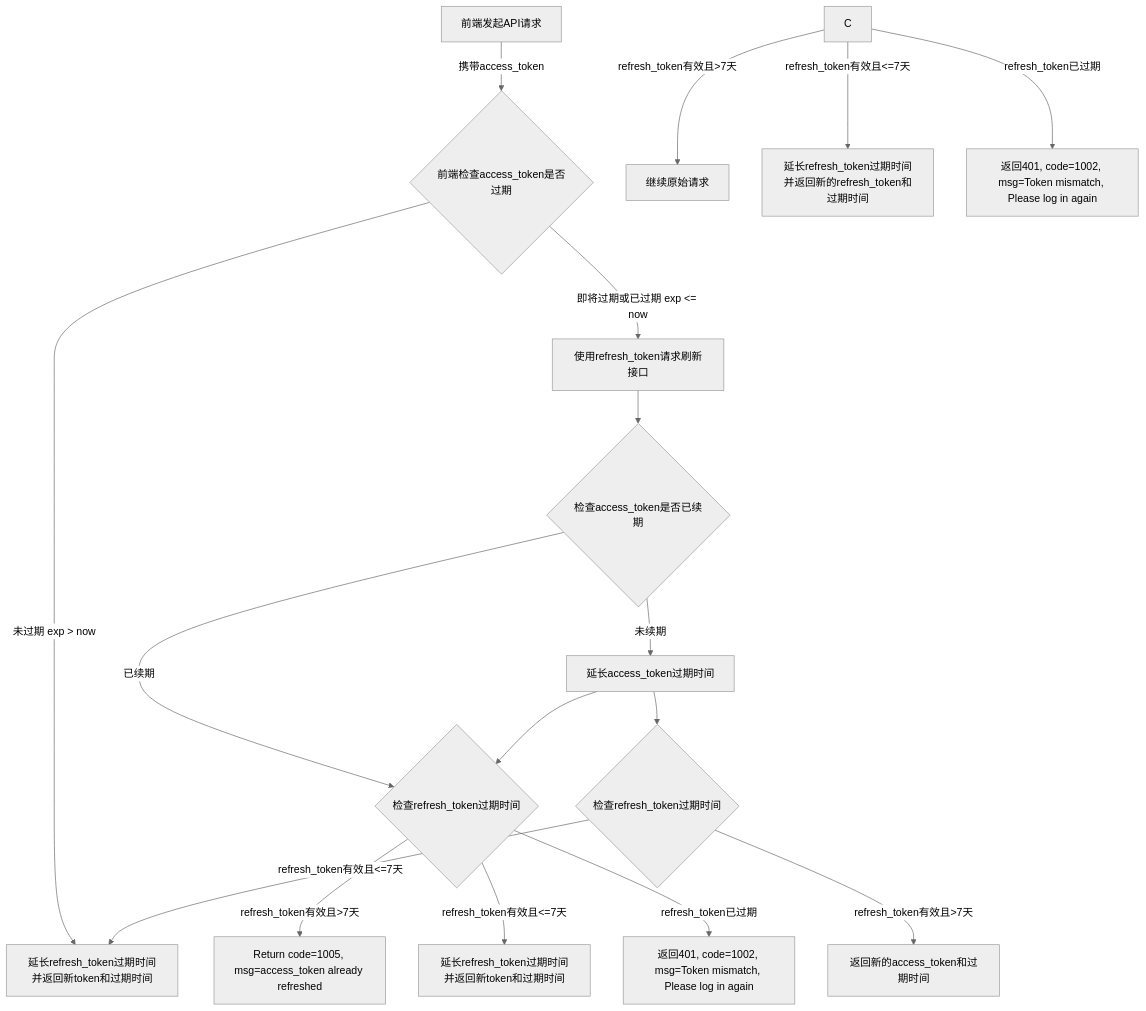
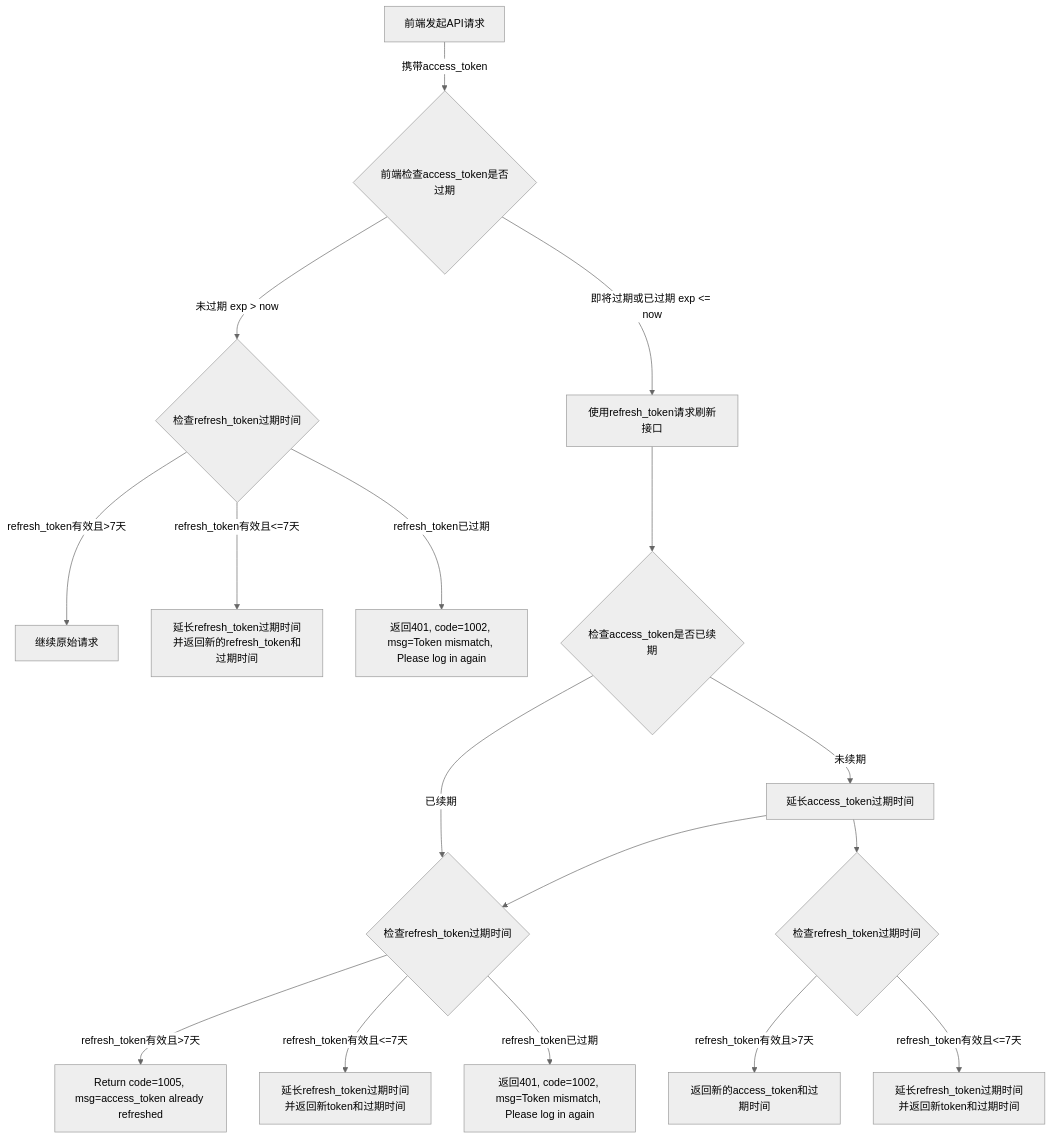
One commit to yingjianzh/iodraw-files changed the diagram in all/openAPI-17.md. Above: the diagram before and after it, drawn with Mermaid (neutral theme).

Commit message:
2025-01-08 18:43:11 update

````diff
--- a/all/openAPI-17.md
+++ b/all/openAPI-17.md
@@ -1,19 +1,19 @@
 ```mermaid
 flowchart TD
     A[前端发起API请求] -->|携带access_token| B{前端检查access_token是否过期}
-    B -->|未过期 exp > now| P[原始请求]
+    B -->|未过期 exp > now| C{检查refresh_token过期时间}
     B -->|即将过期或已过期 exp <= now| D[使用refresh_token请求刷新接口]
     C -->|refresh_token有效且>7天| E[继续原始请求]
     C -->|refresh_token有效且<=7天| F[延长refresh_token过期时间并返回新的refresh_token和过期时间]
     C -->|refresh_token已过期| G[返回401, code=1002, msg=Token mismatch, Please log in again]
     D --> H{检查access_token是否已续期}
     H -->|已续期| I{检查refresh_token过期时间}
     H -->|未续期| J[延长access_token过期时间] --> I
     I -->|refresh_token有效且>7天| K[Return code=1005, msg=access_token already refreshed]
     I -->|refresh_token有效且<=7天| L[延长refresh_token过期时间并返回新token和过期时间]
     I -->|refresh_token已过期| M[返回401, code=1002, msg=Token mismatch, Please log in again]
     J --> N{检查refresh_token过期时间}
     N -->|refresh_token有效且>7天| O[返回新的access_token和过期时间]
     N -->|refresh_token有效且<=7天| P[延长refresh_token过期时间并返回新token和过期时间]
 
 ```
````
